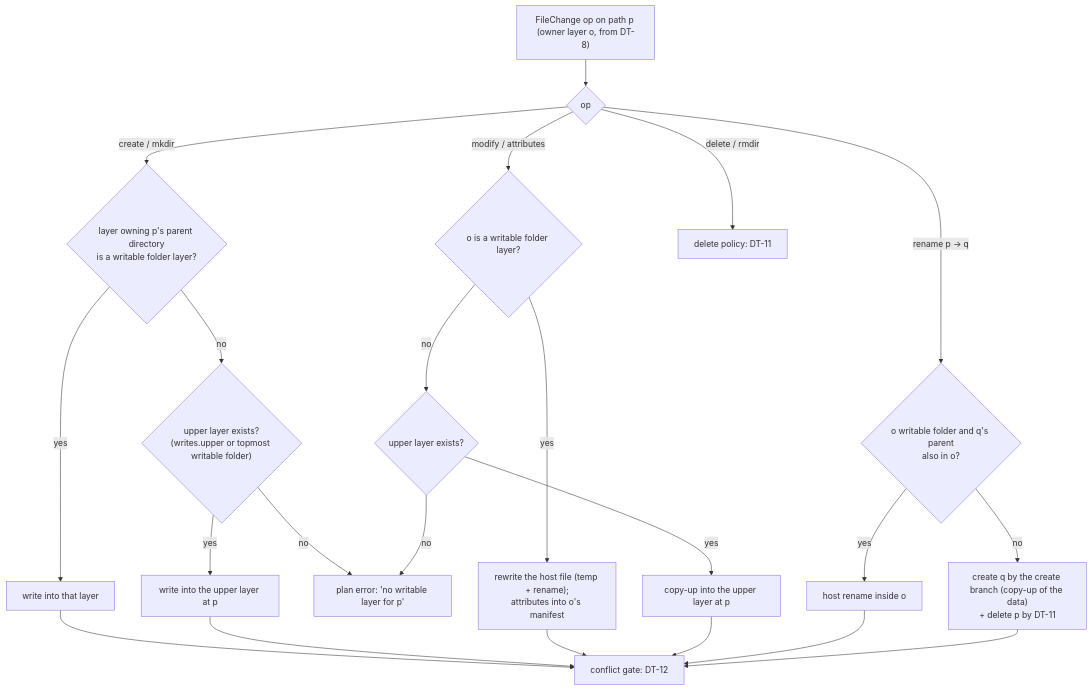
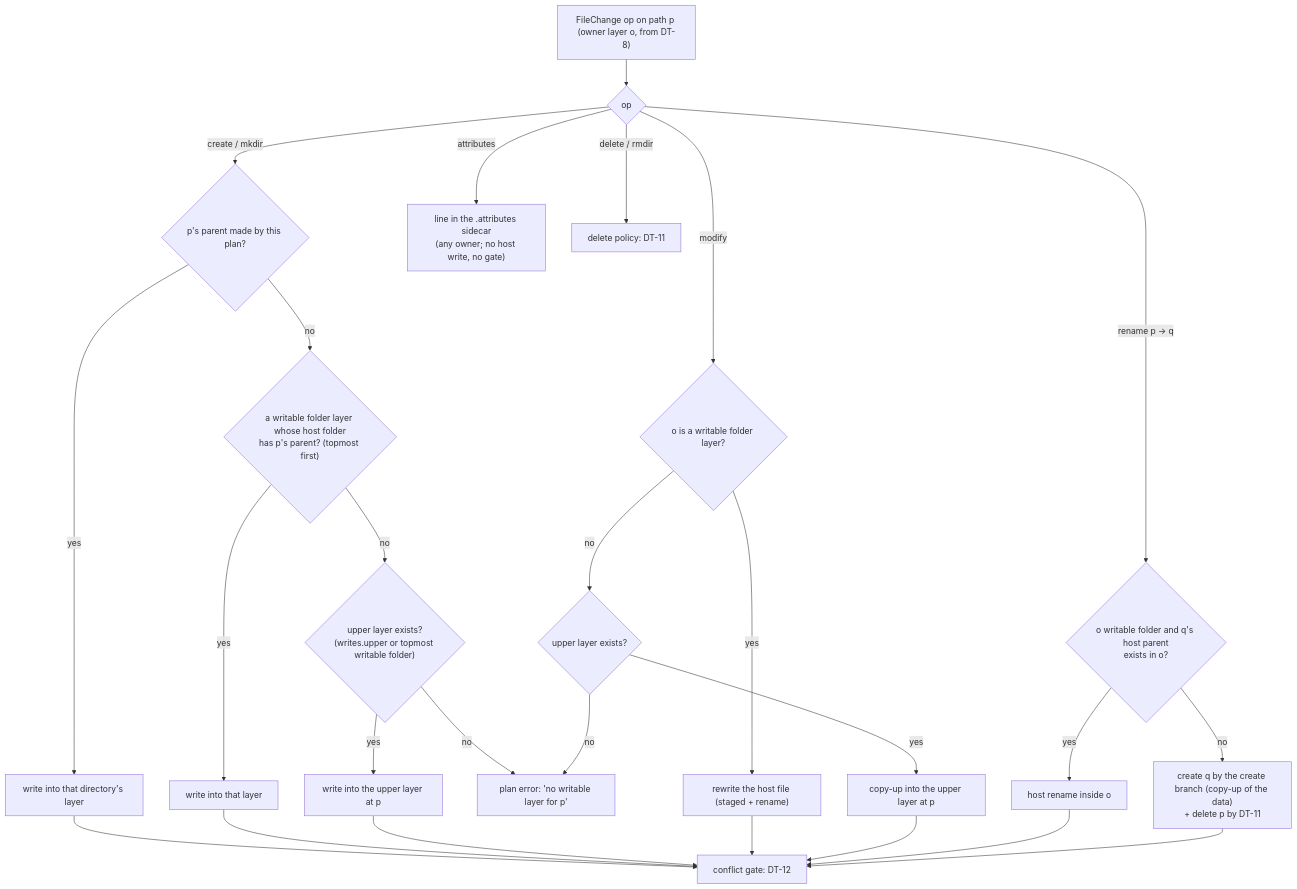
The fifth of 7 diagrams in docs/inprogress/2026-10-05-media-multisource/flatten-strategies.md (alfishe/unreal-ng), drawn with Mermaid before and after one commit. The commit also changed other lines of this file and 57 other files, not shown here.

````diff
--- a/docs/inprogress/2026-10-05-media-multisource/flatten-strategies.md
+++ b/docs/inprogress/2026-10-05-media-multisource/flatten-strategies.md
@@ -253,24 +407,28 @@
 ```mermaid
 flowchart TD
     A["FileChange op on path p (owner layer o, from DT-8)"] --> T{"op"}
-    T -->|"create / mkdir"| C1{"layer owning p's parent directory<br/>is a writable folder layer?"}
+    T -->|"create / mkdir"| C0{"p's parent made by this plan?"}
+    C0 -->|"yes"| C5["write into that directory's layer"]
+    C0 -->|"no"| C1{"a writable folder layer whose host folder<br/>has p's parent? (topmost first)"}
     C1 -->|"yes"| C2["write into that layer"]
     C1 -->|"no"| C3{"upper layer exists?<br/>(writes.upper or topmost writable folder)"}
     C3 -->|"yes"| C4["write into the upper layer at p"]
     C3 -->|"no"| CF["plan error: 'no writable layer for p'"]
-    T -->|"modify / attributes"| M1{"o is a writable folder layer?"}
-    M1 -->|"yes"| M2["rewrite the host file (temp + rename);<br/>attributes into o's manifest"]
+    T -->|"modify"| M1{"o is a writable folder layer?"}
+    M1 -->|"yes"| M2["rewrite the host file (staged + rename)"]
     M1 -->|"no"| M3{"upper layer exists?"}
     M3 -->|"yes"| M4["copy-up into the upper layer at p"]
     M3 -->|"no"| CF
+    T -->|"attributes"| AT["line in the .attributes sidecar<br/>(any owner; no host write, no gate)"]
     T -->|"delete / rmdir"| DP["delete policy: DT-11"]
-    T -->|"rename p → q"| R1{"o writable folder and q's parent<br/>also in o?"}
+    T -->|"rename p → q"| R1{"o writable folder and q's host parent<br/>exists in o?"}
     R1 -->|"yes"| R2["host rename inside o"]
     R1 -->|"no"| R3["create q by the create branch (copy-up of the data)<br/>+ delete p by DT-11"]
-    C2 --> K["conflict gate: DT-12"]
+    C5 --> K["conflict gate: DT-12"]
+    C2 --> K
     C4 --> K
     M2 --> K
     M4 --> K
     R2 --> K
     R3 --> K
 ```
````
